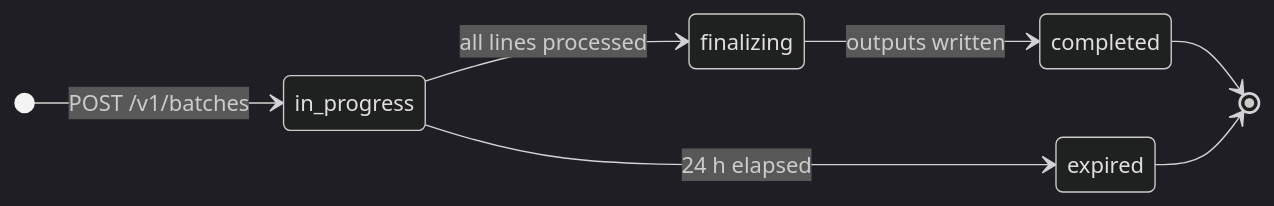
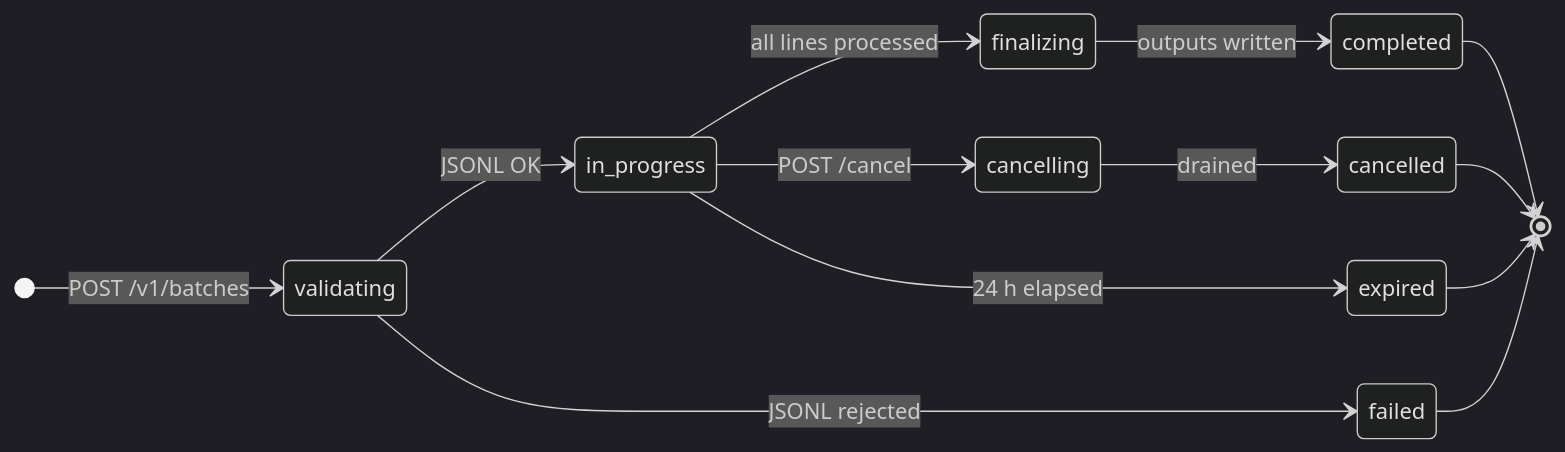
The diagram in api-reference/batch/batches-api.mdx (zerogpu/docs), drawn with Mermaid (dark theme) before and after one commit. The commit also changed other lines of this file and 11 other files, not shown here.

````diff
--- a/api-reference/batch/batches-api.mdx
+++ b/api-reference/batch/batches-api.mdx
@@ -90,10 +100,16 @@
 ```mermaid
 stateDiagram-v2
     direction LR
-    [*] --> in_progress: POST /v1/batches
+    [*] --> validating: POST /v1/batches
+    validating --> in_progress: JSONL OK
+    validating --> failed: JSONL rejected
     in_progress --> finalizing: all lines processed
+    in_progress --> cancelling: POST /cancel
+    cancelling --> cancelled: drained
     finalizing --> completed: outputs written
     in_progress --> expired: 24 h elapsed
     completed --> [*]
     expired --> [*]
+    failed --> [*]
+    cancelled --> [*]
 ```
````
